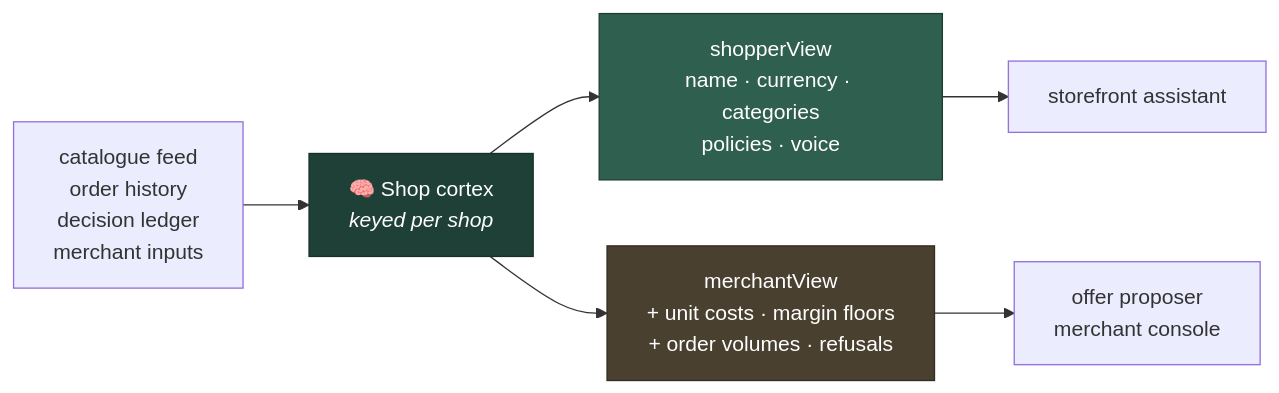
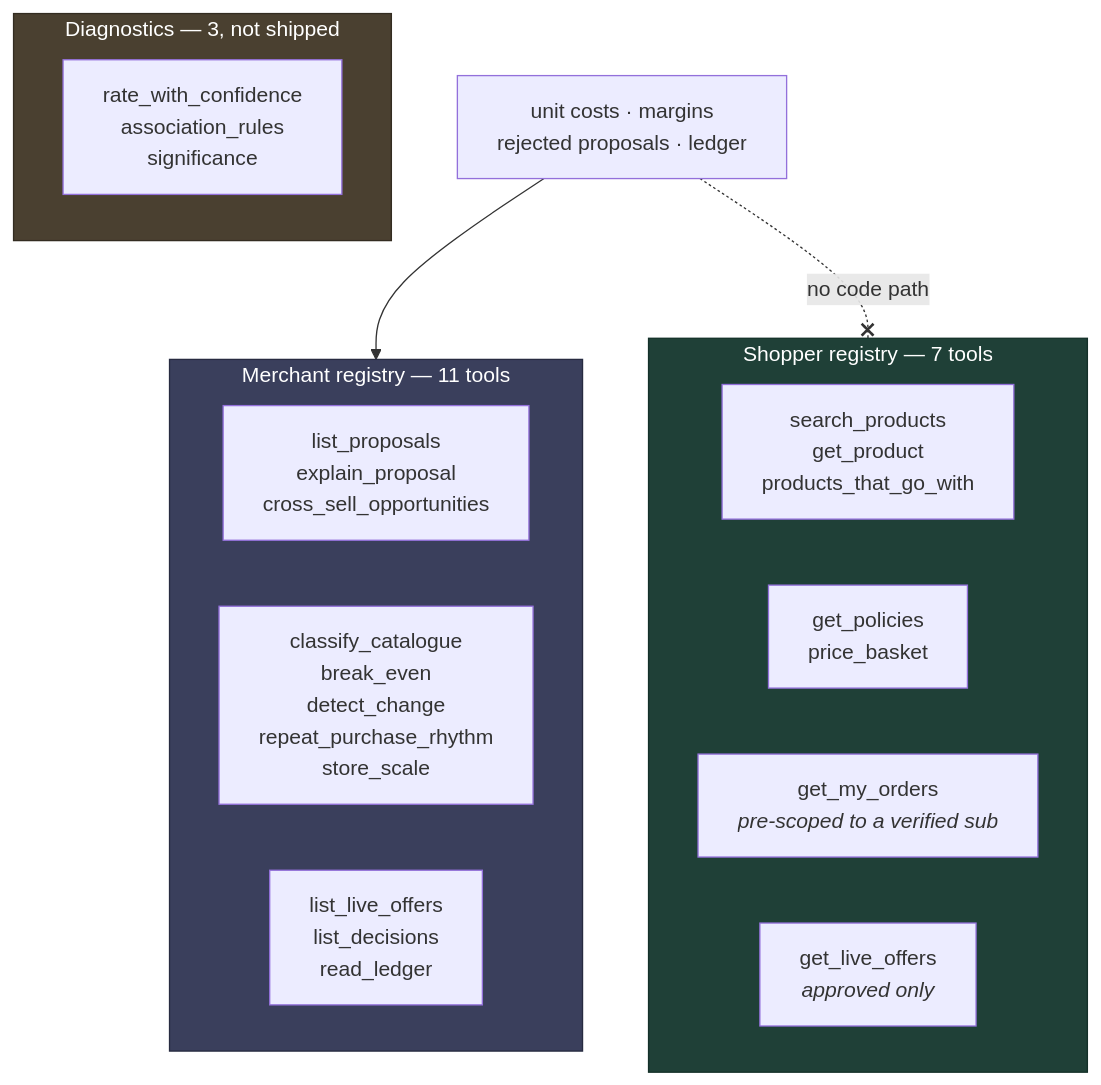
The third of 5 diagrams in README.md (supersanchayrx/RazorPay-Buildathon), drawn with Mermaid before and after one commit. The commit also changed other lines of this file and 126 other files, not shown here.

````diff
--- a/README.md
+++ b/README.md
@@ -135,12 +142,29 @@
 ```mermaid
-flowchart LR
-    SRC["catalogue feed<br/>order history<br/>decision ledger<br/>merchant inputs"] --> CX["🧠 Shop cortex<br/><i>keyed per shop</i>"]
-    CX --> SV["shopperView<br/>name · currency · categories<br/>policies · voice"]
-    CX --> MV["merchantView<br/>+ unit costs · margin floors<br/>+ order volumes · refusals"]
-    SV --> AS["storefront assistant"]
-    MV --> PR["offer proposer<br/>merchant console"]
+flowchart TB
+    subgraph shopper ["Shopper registry — 7 tools"]
+        direction LR
+        S1["search_products<br/>get_product<br/>products_that_go_with"]
+        S2["get_policies<br/>price_basket"]
+        S3["get_my_orders<br/><i>pre-scoped to a verified sub</i>"]
+        S4["get_live_offers<br/><i>approved only</i>"]
+    end
 
-    style CX fill:#1f4037,stroke:#143029,color:#fff
-    style SV fill:#2f5f4f,stroke:#1d3d33,color:#fff
-    style MV fill:#4a4030,stroke:#332c21,color:#fff
+    subgraph merchant ["Merchant registry — 11 tools"]
+        direction LR
+        M1["list_proposals<br/>explain_proposal<br/>cross_sell_opportunities"]
+        M2["classify_catalogue<br/>break_even<br/>detect_change<br/>repeat_purchase_rhythm<br/>store_scale"]
+        M3["list_live_offers<br/>list_decisions<br/>read_ledger"]
+    end
+
+    subgraph diag ["Diagnostics — 3, not shipped"]
+        D1["rate_with_confidence<br/>association_rules<br/>significance"]
+    end
+
+    COST["unit costs · margins<br/>rejected proposals · ledger"]
+    COST --> merchant
+    COST -. "no code path" .-x shopper
+
+    style shopper fill:#1f4037,stroke:#143029,color:#fff
+    style merchant fill:#3a3f5c,stroke:#272b40,color:#fff
+    style diag fill:#4a4030,stroke:#332c21,color:#fff
 ```
````
